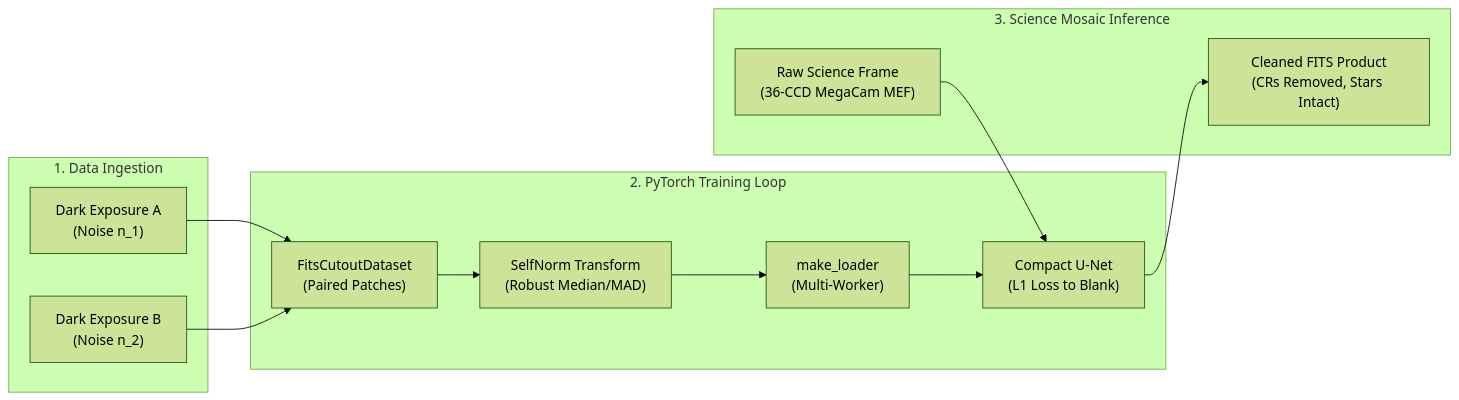
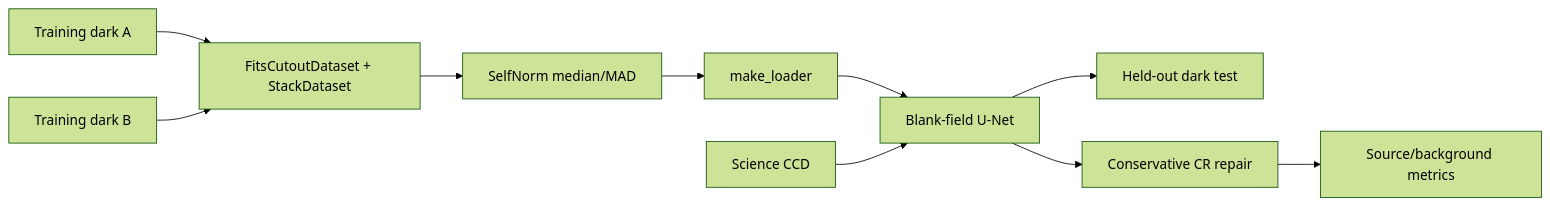
One commit to sfabbro/torchfits changed the diagram in docs/denoise-pipeline.md. Above: the diagram before and after it, drawn with Mermaid (forest theme). The commit also changed other lines of this file and 3 other files, not shown here.

First line of the commit message:
feat(examples): conservative science CR repair + held-out dark test

````diff
--- a/docs/denoise-pipeline.md
+++ b/docs/denoise-pipeline.md
@@ -21,24 +24,10 @@
 ```mermaid
 flowchart LR
-    subgraph Data["1. Data Ingestion"]
-        D1["Dark Exposure A<br/>(Noise n_1)"]
-        D2["Dark Exposure B<br/>(Noise n_2)"]
-    end
-
-    subgraph Training["2. PyTorch Training Loop"]
-        DS["FitsCutoutDataset<br/>(Paired Patches)"]
-        TF["SelfNorm Transform<br/>(Robust Median/MAD)"]
-        ML["make_loader<br/>(Multi-Worker)"]
-        UNet["Compact U-Net<br/>(L1 Loss to Blank)"]
-    end
-
-    subgraph Inference["3. Science Mosaic Inference"]
-        SCI["Raw Science Frame<br/>(36-CCD MegaCam MEF)"]
-        CLEAN["Cleaned FITS Product<br/>(CRs Removed, Stars Intact)"]
-    end
-
-    D1 --> DS
-    D2 --> DS
-    DS --> TF --> ML --> UNet
-    SCI --> UNet --> CLEAN
+    D1["Training dark A"] --> P["FitsCutoutDataset + StackDataset"]
+    D2["Training dark B"] --> P
+    P --> T["SelfNorm median/MAD"] --> L["make_loader"] --> N["Blank-field U-Net"]
+    N --> DT["Held-out dark test"]
+    S["Science CCD"] --> N
+    N --> C["Conservative CR repair"]
+    C --> M["Source/background metrics"]
 ```
````
